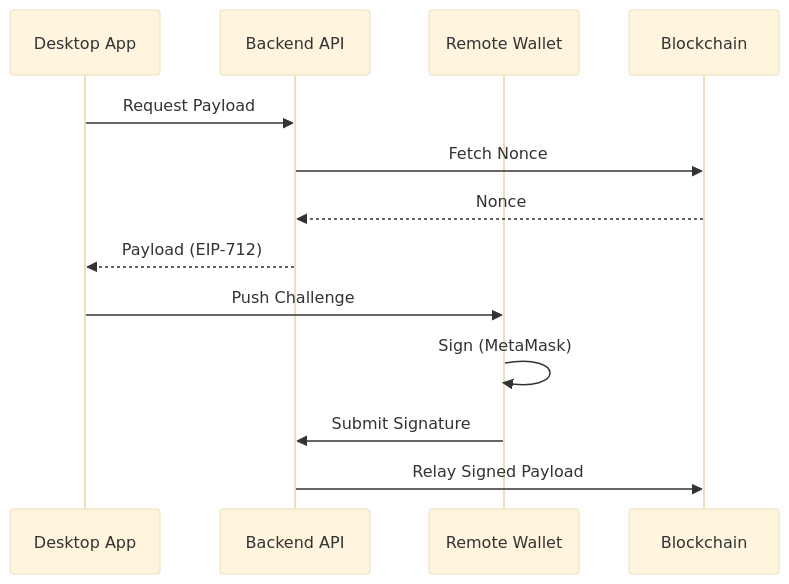
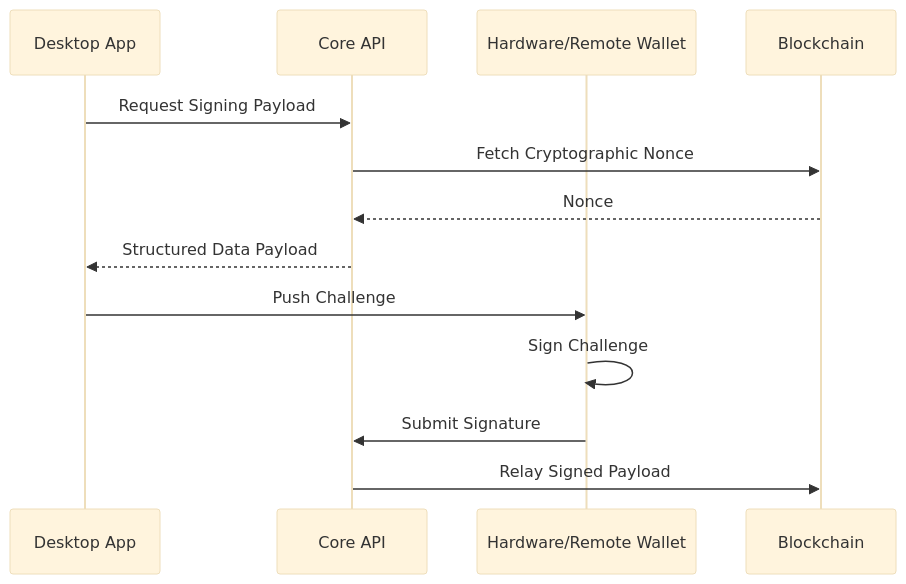
The second of 4 diagrams in README.md (CoderShubhamMate/Block-Chain-Based-Secure-Notarization-System), drawn with Mermaid (base theme) before and after one commit. The commit also changed other lines of this file, not shown here.

````diff
--- a/README.md
+++ b/README.md
@@ -74,15 +81,15 @@
 ```mermaid
 sequenceDiagram
     participant D as Desktop App
-    participant B as Backend API
-    participant W as Remote Wallet
+    participant B as Core API
+    participant W as Hardware/Remote Wallet
     participant BC as Blockchain
-    D->>B: Request Payload
-    B->>BC: Fetch Nonce
+    D->>B: Request Signing Payload
+    B->>BC: Fetch Cryptographic Nonce
     BC-->>B: Nonce
-    B-->>D: Payload (EIP-712)
+    B-->>D: Structured Data Payload
     D->>W: Push Challenge
-    W->>W: Sign (MetaMask)
+    W->>W: Sign Challenge
     W->>B: Submit Signature
     B->>BC: Relay Signed Payload
 ```
````
